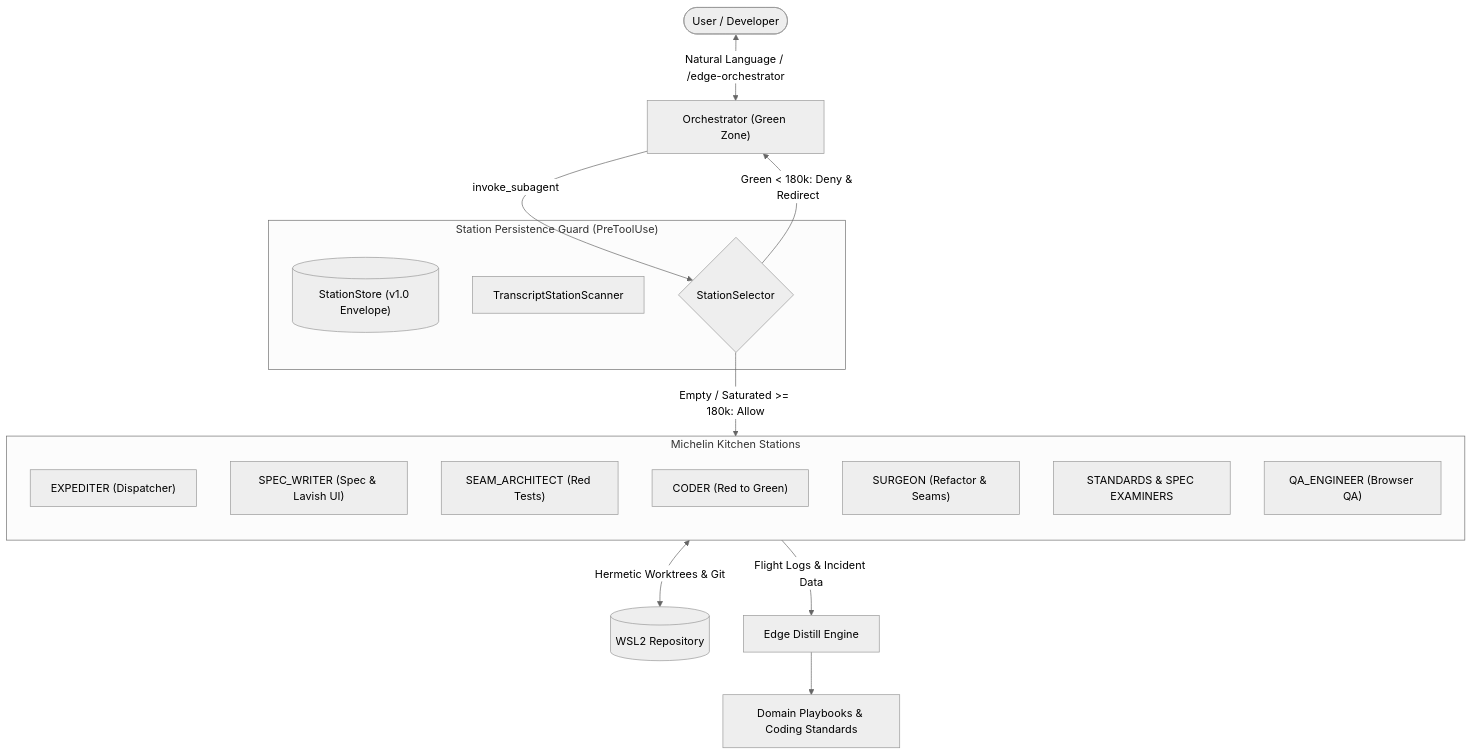
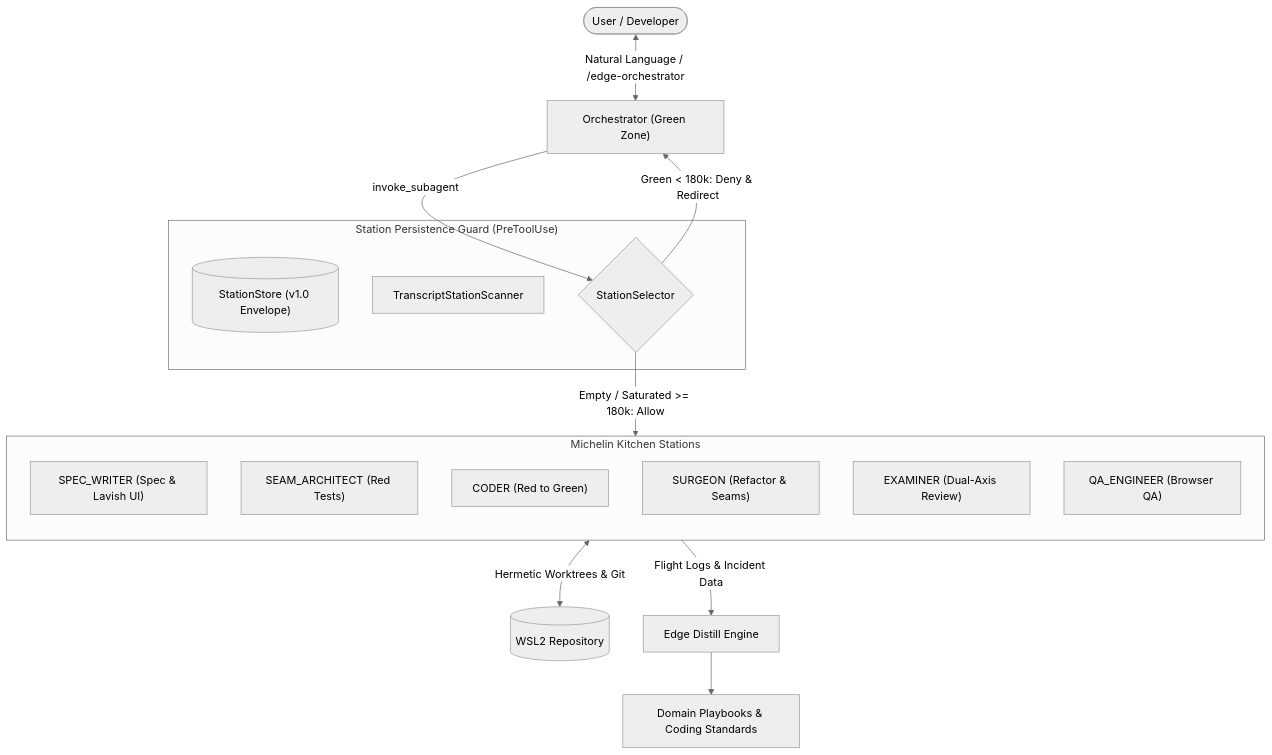
One commit to oguzalp7/edge changed the diagram in ARCHITECTURE.md. Above: the diagram before and after it, drawn with Mermaid (neutral theme). The commit also changed other lines of this file and 19 other files, not shown here.

Commit message:
refactor(brigade): remove expediter, unify examiner into 7-station roster, and add coding_standards.md

````diff
--- a/ARCHITECTURE.md
+++ b/ARCHITECTURE.md
@@ -197,29 +199,28 @@
 ```mermaid
 flowchart TD
     User([User / Developer]) <-->|Natural Language / /edge-orchestrator| Orch["Orchestrator (Green Zone)"]
     
     subgraph AntigraveyardGuard ["Station Persistence Guard (PreToolUse)"]
         Store[("StationStore (v1.0 Envelope)")]
         Scanner["TranscriptStationScanner"]
         Selector{"StationSelector"}
     end
 
     Orch -->|invoke_subagent| Selector
     Selector -->|Green < 180k: Deny & Redirect| Orch
     Selector -->|Empty / Saturated >= 180k: Allow| Kitchen
 
     subgraph Kitchen ["Michelin Kitchen Stations"]
         direction TB
-        Expediter["EXPEDITER (Dispatcher)"]
         SpecWriter["SPEC_WRITER (Spec & Lavish UI)"]
         SeamArch["SEAM_ARCHITECT (Red Tests)"]
         Coder["CODER (Red to Green)"]
         Surgeon["SURGEON (Refactor & Seams)"]
-        Examiners["STANDARDS & SPEC EXAMINERS"]
+        Examiner["EXAMINER (Dual-Axis Review)"]
         QA["QA_ENGINEER (Browser QA)"]
     end
 
     Kitchen <-->|Hermetic Worktrees & Git| Repo[("WSL2 Repository")]
     Kitchen -->|Flight Logs & Incident Data| Distill["Edge Distill Engine"]
     Distill --> Playbooks["Domain Playbooks & Coding Standards"]
 ```
````
